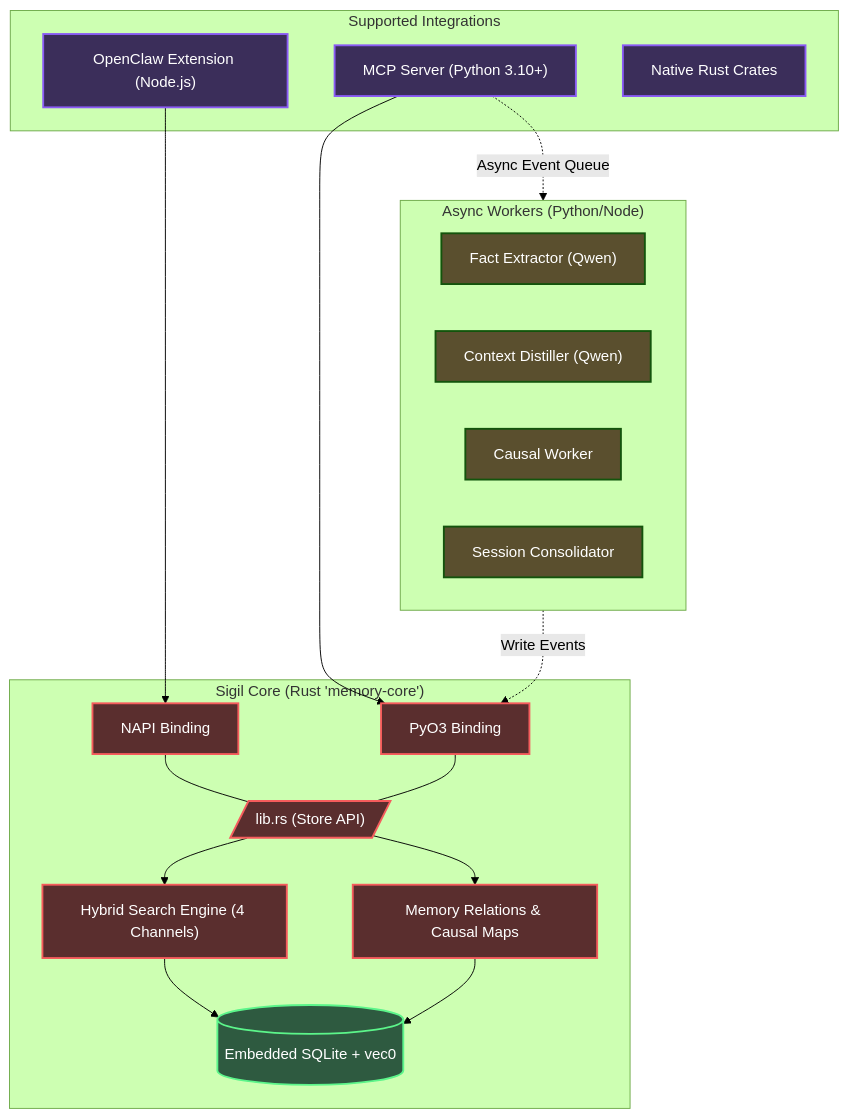
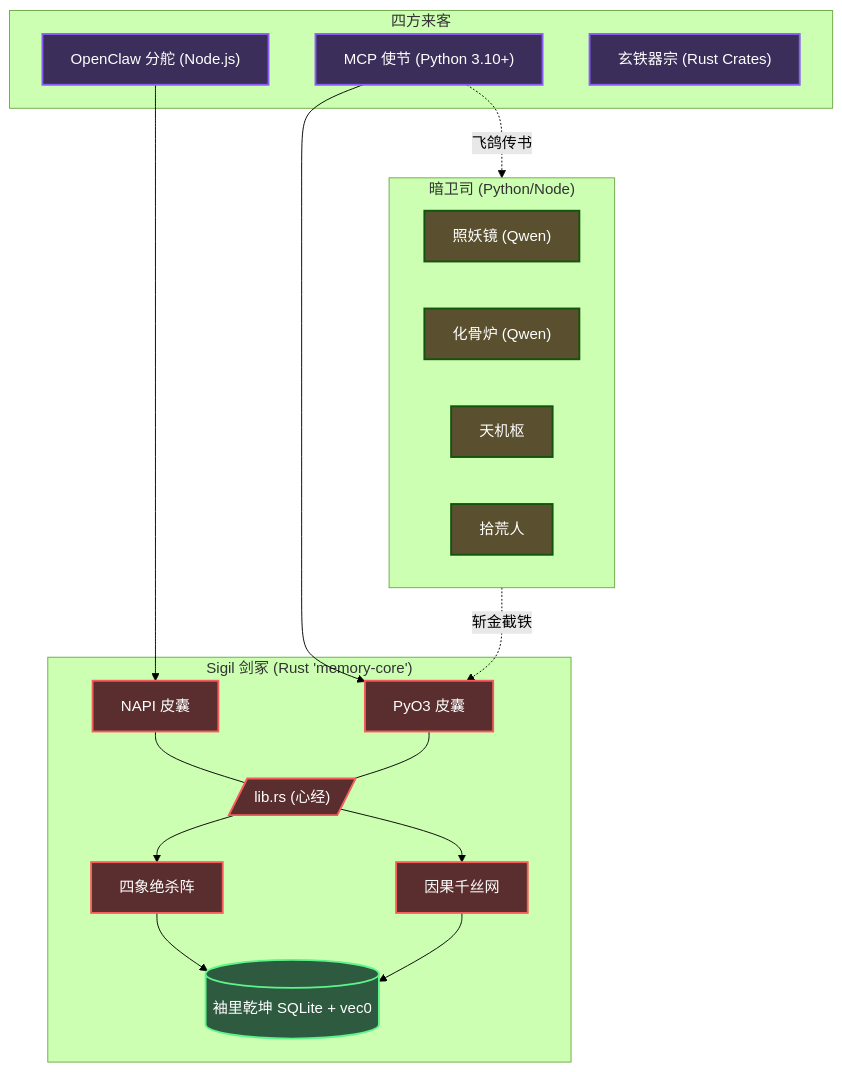
One commit to kckylechen1/tachi changed the diagram in README.md. Above: the diagram before and after it, drawn with Mermaid (forest theme). The commit also changed other lines of this file and 3 other files, not shown here.

````diff
--- a/README.md
+++ b/README.md
@@ -135,44 +135,44 @@
 ```mermaid
 graph TD
-    subgraph Clients["Supported Integrations"]
-        MCP["MCP Server (Python 3.10+)"]
-        OC["OpenClaw Extension (Node.js)"]
-        NATIVE["Native Rust Crates"]
+    subgraph Clients["四方来客"]
+        MCP["MCP 使节 (Python 3.10+)"]
+        OC["OpenClaw 分舵 (Node.js)"]
+        NATIVE["玄铁器宗 (Rust Crates)"]
     end
 
-    subgraph Operations["Async Workers (Python/Node)"]
-        EXTRACT["Fact Extractor (Qwen)"]
-        DISTILL["Context Distiller (Qwen)"]
-        CAUSAL["Causal Worker"]
-        CONSOLIDATE["Session Consolidator"]
+    subgraph Operations["暗卫司 (Python/Node)"]
+        EXTRACT["照妖镜 (Qwen)"]
+        DISTILL["化骨炉 (Qwen)"]
+        CAUSAL["天机枢"]
+        CONSOLIDATE["拾荒人"]
     end
 
-    subgraph Core["Sigil Core (Rust 'memory-core')"]
-        NAPI["NAPI Binding"]
-        PYO3["PyO3 Binding"]
+    subgraph Core["Sigil 剑冢 (Rust 'memory-core')"]
+        NAPI["NAPI 皮囊"]
+        PYO3["PyO3 皮囊"]
         
-        NAPI --- LIB[/"lib.rs (Store API)"/]
+        NAPI --- LIB[/"lib.rs (心经)"/]
         PYO3 --- LIB
         
-        LIB --> SEARCH["Hybrid Search Engine (4 Channels)"]
-        LIB --> GRAPH["Memory Relations & Causal Maps"]
+        LIB --> SEARCH["四象绝杀阵"]
+        LIB --> GRAPH["因果千丝网"]
         
-        SEARCH --> SQLITE[("Embedded SQLite + vec0")]
+        SEARCH --> SQLITE[("袖里乾坤 SQLite + vec0")]
         GRAPH --> SQLITE
     end
 
     MCP --> PYO3
     OC --> NAPI
-    MCP -. Async Event Queue .-> Operations
-    Operations -. Write Events .-> PYO3
+    MCP -. 飞鸽传书 .-> Operations
+    Operations -. 斩金截铁 .-> PYO3
     
     classDef client fill:#3b2e5a,stroke:#8a5cf5,stroke-width:2px,color:#fff;
     classDef worker fill:#5a4f2e,stroke:#f5cw5a,stroke-width:2px,color:#fff;
     classDef rust fill:#5a2e2e,stroke:#f55c5c,stroke-width:2px,color:#fff;
     classDef db fill:#2e5a40,stroke:#5cf58a,stroke-width:2px,color:#fff;
     
     class MCP,OC,NATIVE client;
     class EXTRACT,DISTILL,CAUSAL,CONSOLIDATE worker;
     class NAPI,PYO3,LIB,SEARCH,GRAPH rust;
     class SQLITE db;
 ```
````
